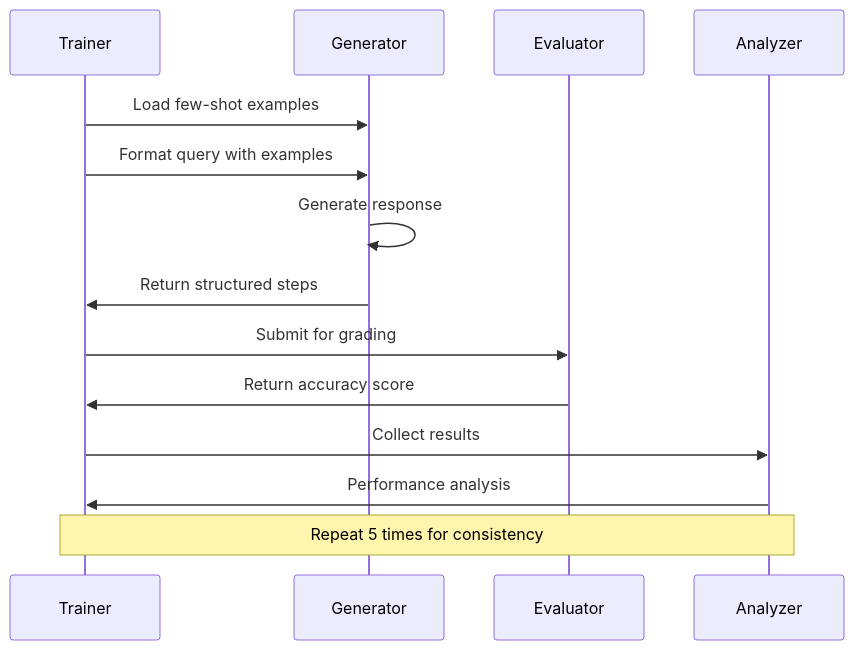
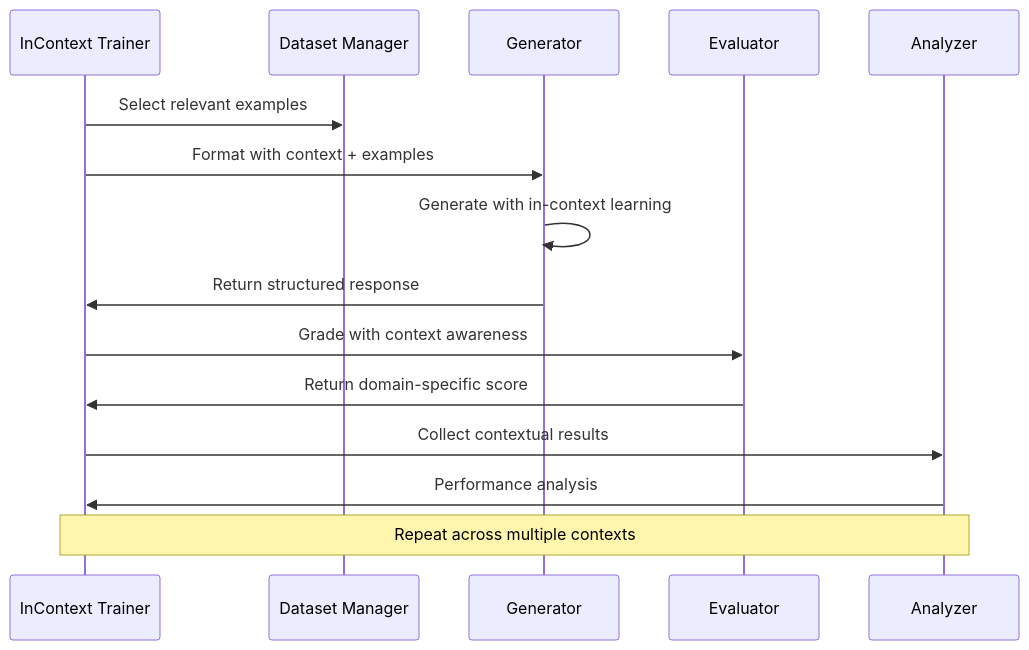
Before and after one commit to Psilocybin2K/qwen-rl: the sixth of 12 diagrams in README.md, drawn with Mermaid. The commit also changed other lines of this file, not shown here.

````diff
--- a/README.md
+++ b/README.md
@@ -295,18 +316,19 @@
 ```mermaid
 sequenceDiagram
-    participant T as Trainer
+    participant T as InContext Trainer
+    participant D as Dataset Manager
     participant G as Generator
     participant E as Evaluator
     participant A as Analyzer
     
-    T->>G: Load few-shot examples
-    T->>G: Format query with examples
-    G->>G: Generate response
-    G->>T: Return structured steps
-    T->>E: Submit for grading
-    E->>T: Return accuracy score
-    T->>A: Collect results
+    T->>D: Select relevant examples
+    T->>G: Format with context + examples
+    G->>G: Generate with in-context learning
+    G->>T: Return structured response
+    T->>E: Grade with context awareness
+    E->>T: Return domain-specific score
+    T->>A: Collect contextual results
     A->>T: Performance analysis
     
-    Note over T,A: Repeat 5 times for consistency
+    Note over T,A: Repeat across multiple contexts
 ```
````
